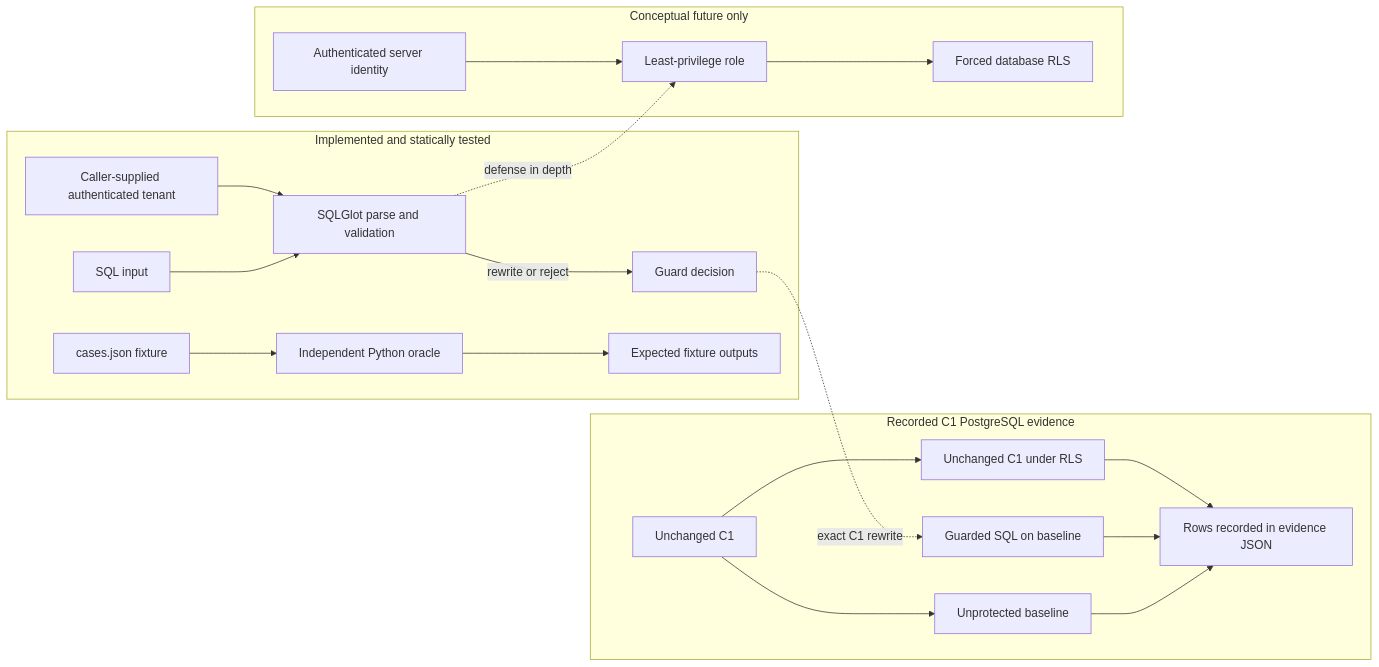
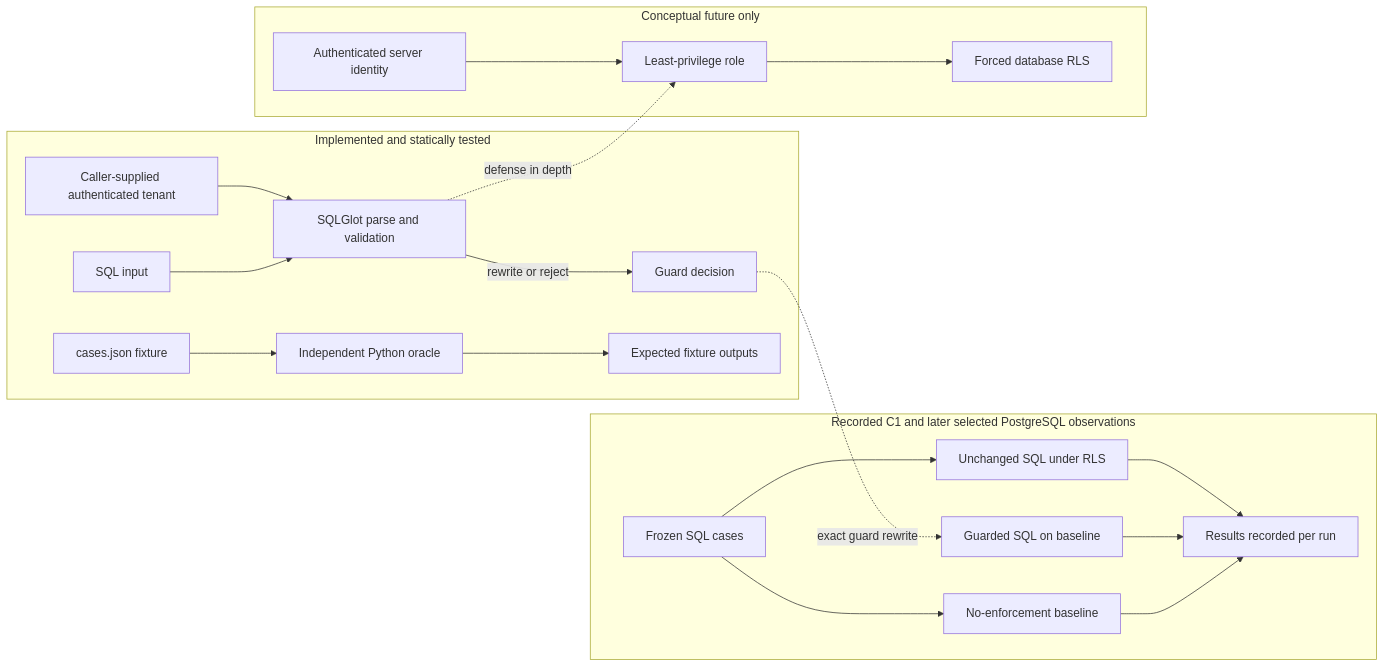
Before and after one commit to ishaan05-pix/SQL-Tenant-Isolation: the diagram in DEMO_WALKTHROUGH.md, drawn with Mermaid. The commit also changed other lines of this file and 9 other files, not shown here.

````diff
--- a/DEMO_WALKTHROUGH.md
+++ b/DEMO_WALKTHROUGH.md
@@ -11,23 +11,23 @@
 ```mermaid
 flowchart LR
   subgraph Code[Implemented and statically tested]
     Q[SQL input] --> G[SQLGlot parse and validation]
     T[Caller-supplied authenticated tenant] --> G
     G -->|rewrite or reject| S[Guard decision]
     C[cases.json fixture] --> O[Independent Python oracle]
     O --> E[Expected fixture outputs]
   end
-  subgraph Evidence[Recorded C1 PostgreSQL evidence]
-    U[Unchanged C1] --> B[Unprotected baseline]
-    U --> R[Unchanged C1 under RLS]
-    S -. exact C1 rewrite .-> A[Guarded SQL on baseline]
-    B --> X[Rows recorded in evidence JSON]
+  subgraph Evidence[Recorded C1 and later selected PostgreSQL observations]
+    U[Frozen SQL cases] --> B[No-enforcement baseline]
+    U --> R[Unchanged SQL under RLS]
+    S -. exact guard rewrite .-> A[Guarded SQL on baseline]
+    B --> X[Results recorded per run]
     A --> X
     R --> X
   end
   subgraph Future[Conceptual future only]
     I[Authenticated server identity] --> P[Least-privilege role]
     P --> L[Forced database RLS]
     G -. defense in depth .-> P
   end
 ```
````
